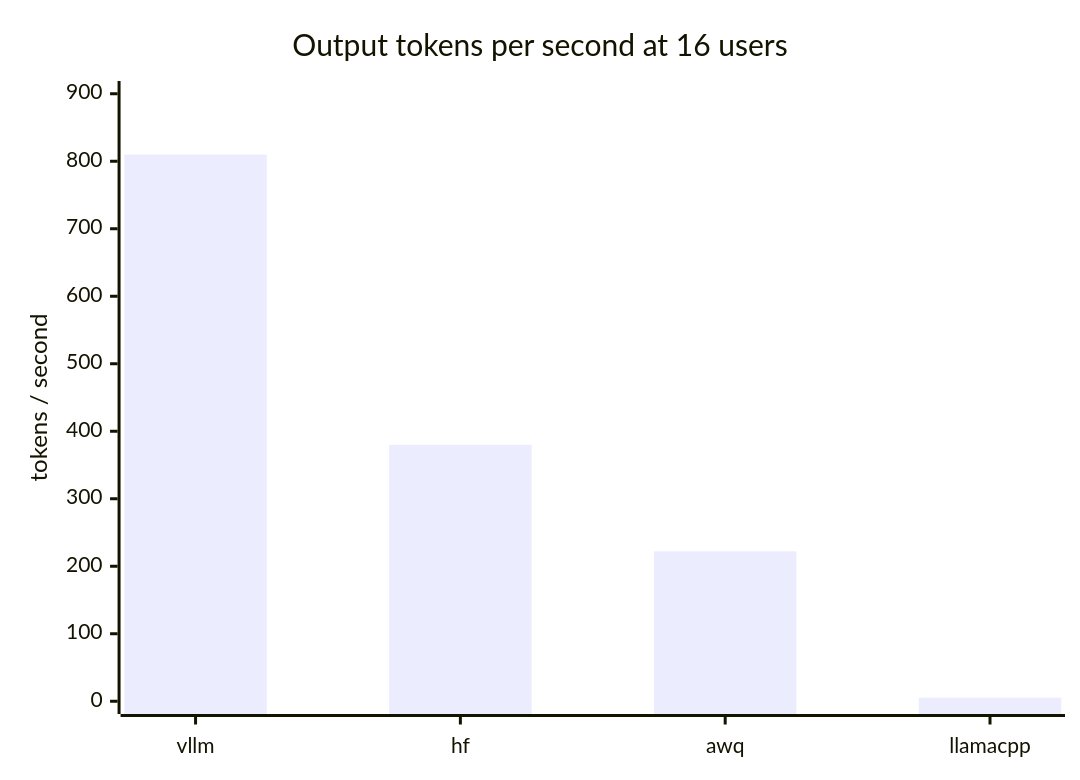
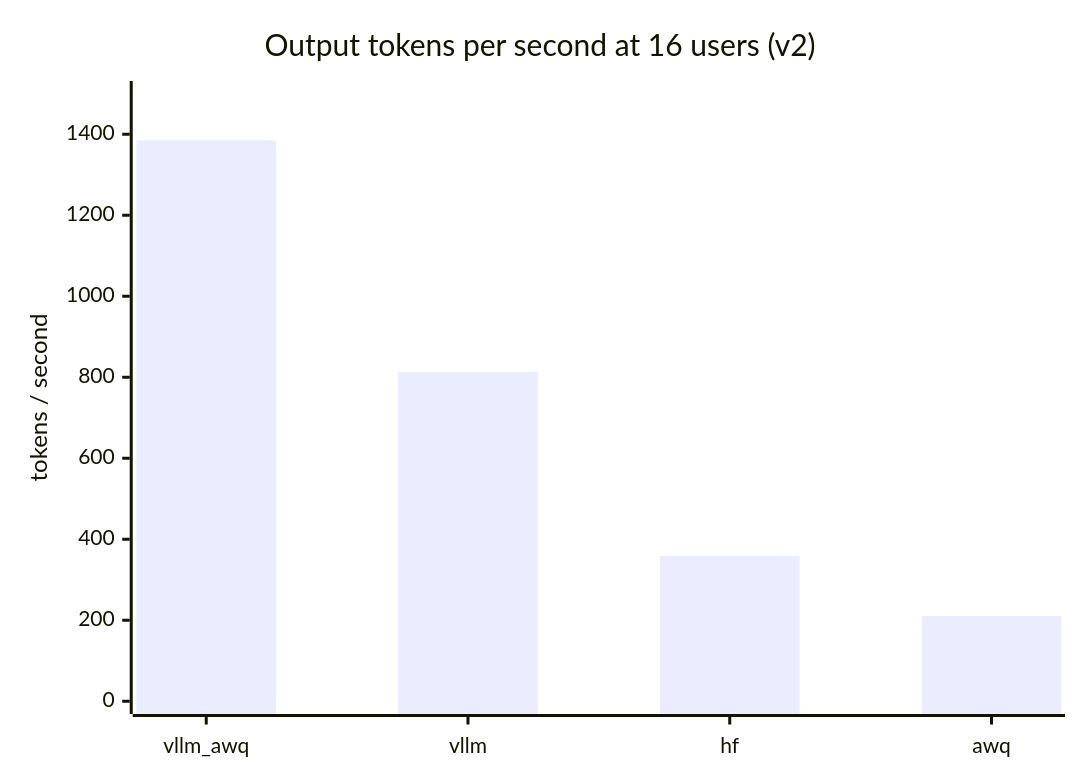
One commit to Ishan-5/LLM-inference-and-quantization-benchmark changed the first of 3 diagrams in README.md. Above: the diagram before and after it, drawn with Mermaid. The commit also changed other lines of this file, not shown here.

````diff
--- a/README.md
+++ b/README.md
@@ -43,7 +43,7 @@
 ```mermaid
 xychart-beta
-    title "Output tokens per second at 16 users"
-    x-axis ["vllm", "hf", "awq", "llamacpp"]
-    y-axis "tokens / second" 0 --> 900
-    bar [809.97, 379.90, 222.10, 5.26]
+    title "Output tokens per second at 16 users (v2)"
+    x-axis ["vllm_awq", "vllm", "hf", "awq"]
+    y-axis "tokens / second" 0 --> 1500
+    bar [1384.83, 813.53, 358.73, 210.39]
 ```
````
